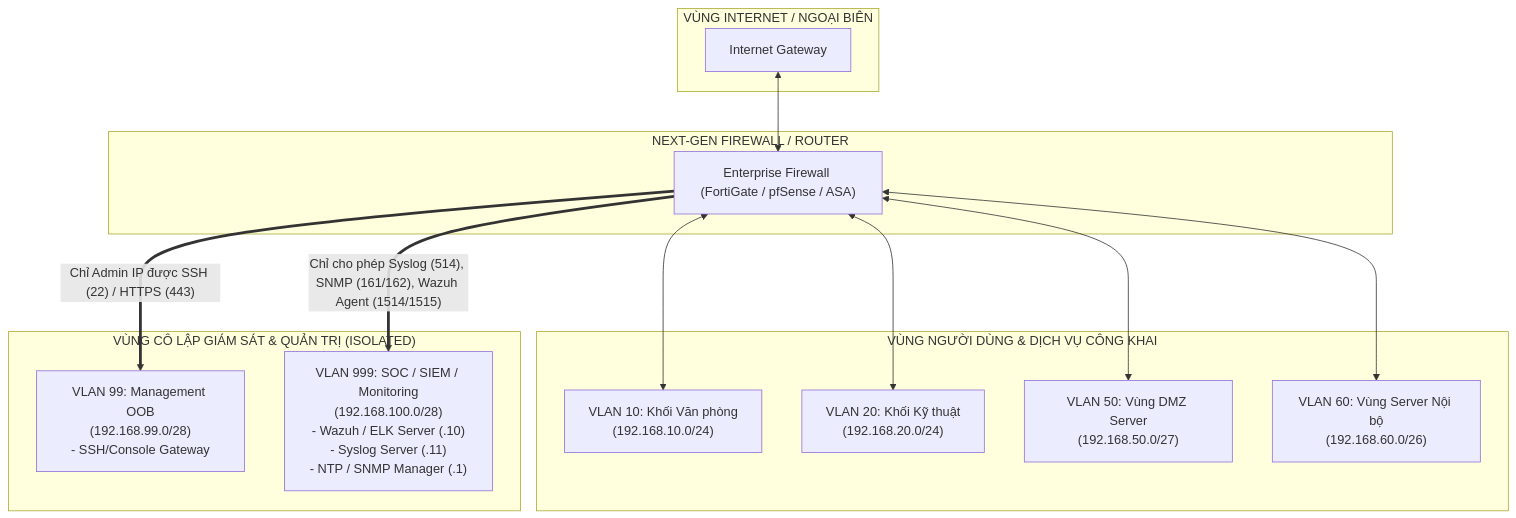
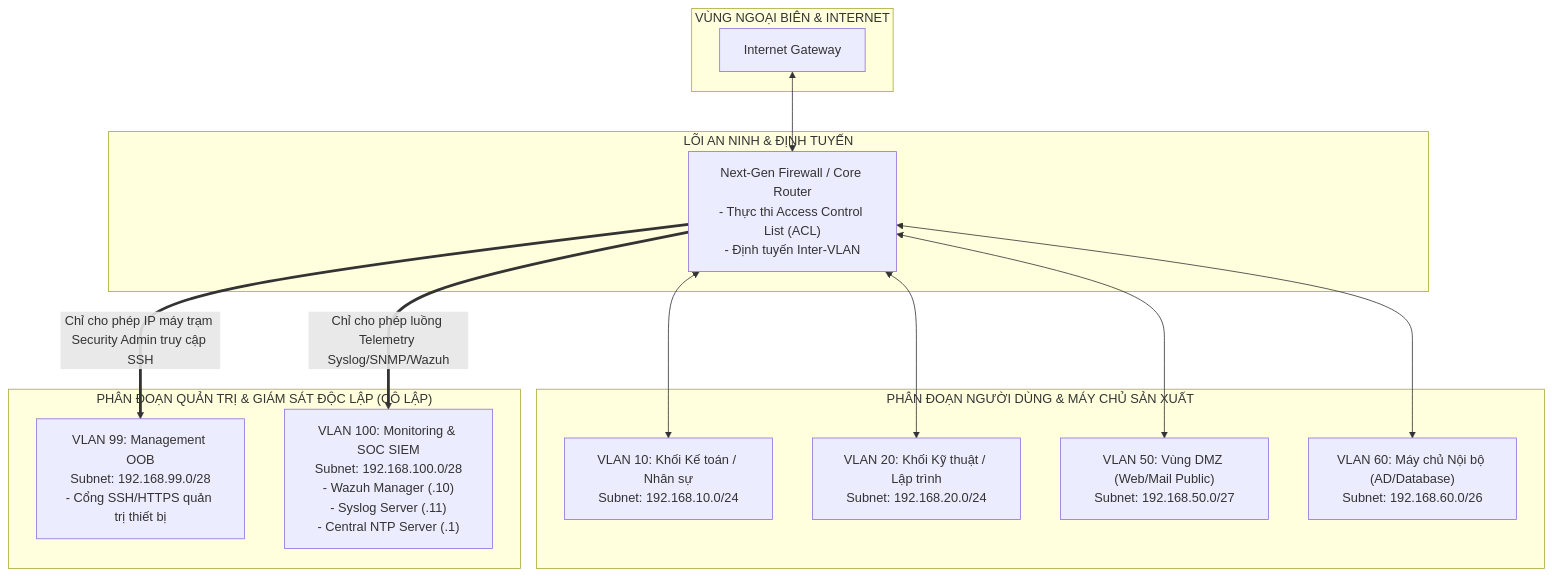
Before and after one commit to anhxuan2712/enterprise-network-security-monitoring: the diagram in 03_Network_Segmentation.md, drawn with Mermaid. The commit also changed other lines of this file and 7 other files, not shown here.

````diff
--- a/03_Network_Segmentation.md
+++ b/03_Network_Segmentation.md
@@ -58,31 +78,31 @@
 ```mermaid
-flowchart TB
-    subgraph WAN_ZONE ["VÙNG INTERNET / NGOẠI BIÊN"]
-        Internet["Internet Gateway"]
+flowchart TD
+    subgraph PERIMETER ["VÙNG NGOẠI BIÊN & INTERNET"]
+        INET["Internet Gateway"]
     end
 
-    subgraph FW_CORE ["NEXT-GEN FIREWALL / ROUTER"]
-        FW["Enterprise Firewall (FortiGate / pfSense / ASA)"]
+    subgraph SECURITY_CORE ["LÕI AN NINH & ĐỊNH TUYẾN"]
+        FW["Next-Gen Firewall / Core Router\n- Thực thi Access Control List (ACL)\n- Định tuyến Inter-VLAN"]
     end
 
-    subgraph PROD_ZONES ["VÙNG NGƯỜI DÙNG & DỊCH VỤ CÔNG KHAI"]
-        VLAN10["VLAN 10: Khối Văn phòng\n(192.168.10.0/24)"]
-        VLAN20["VLAN 20: Khối Kỹ thuật\n(192.168.20.0/24)"]
-        VLAN50["VLAN 50: Vùng DMZ Server\n(192.168.50.0/27)"]
-        VLAN60["VLAN 60: Vùng Server Nội bộ\n(192.168.60.0/26)"]
+    subgraph BUSINESS_ZONES ["PHÂN ĐOẠN NGƯỜI DÙNG & MÁY CHỦ SẢN XUẤT"]
+        V10["VLAN 10: Khối Kế toán / Nhân sự\nSubnet: 192.168.10.0/24"]
+        V20["VLAN 20: Khối Kỹ thuật / Lập trình\nSubnet: 192.168.20.0/24"]
+        V50["VLAN 50: Vùng DMZ (Web/Mail Public)\nSubnet: 192.168.50.0/27"]
+        V60["VLAN 60: Máy chủ Nội bộ (AD/Database)\nSubnet: 192.168.60.0/26"]
     end
 
-    subgraph SECURE_ZONE ["VÙNG CÔ LẬP GIÁM SÁT & QUẢN TRỊ (ISOLATED)"]
-        VLAN99["VLAN 99: Management OOB\n(192.168.99.0/28)\n- SSH/Console Gateway"]
-        VLAN999["VLAN 999: SOC / SIEM / Monitoring\n(192.168.100.0/28)\n- Wazuh / ELK Server (.10)\n- Syslog Server (.11)\n- NTP / SNMP Manager (.1)"]
+    subgraph ISOLATED_MGMT ["PHÂN ĐOẠN QUẢN TRỊ & GIÁM SÁT ĐỘC LẬP (CÔ LẬP)"]
+        V99["VLAN 99: Management OOB\nSubnet: 192.168.99.0/28\n- Cổng SSH/HTTPS quản trị thiết bị"]
+        V100["VLAN 100: Monitoring & SOC SIEM\nSubnet: 192.168.100.0/28\n- Wazuh Manager (.10)\n- Syslog Server (.11)\n- Central NTP Server (.1)"]
     end
 
-    Internet <--> FW
-    FW <--> VLAN50
-    FW <--> VLAN60
-    FW <--> VLAN10
-    FW <--> VLAN20
+    INET <--> FW
+    FW <--> V50
+    FW <--> V60
+    FW <--> V10
+    FW <--> V20
     
-    FW == "Chỉ cho phép Syslog (514), SNMP (161/162), Wazuh Agent (1514/1515)" ==> VLAN999
-    FW == "Chỉ Admin IP được SSH (22) / HTTPS (443)" ==> VLAN99
+    FW == "Chỉ cho phép luồng Telemetry Syslog/SNMP/Wazuh" ==> V100
+    FW == "Chỉ cho phép IP máy trạm Security Admin truy cập SSH" ==> V99
 ```
````
